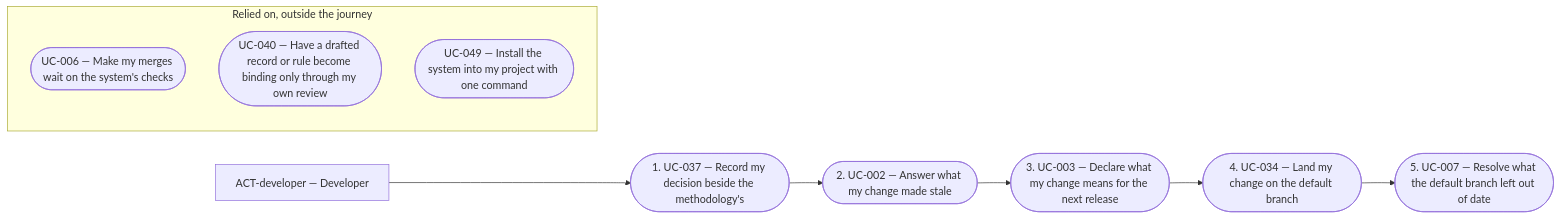
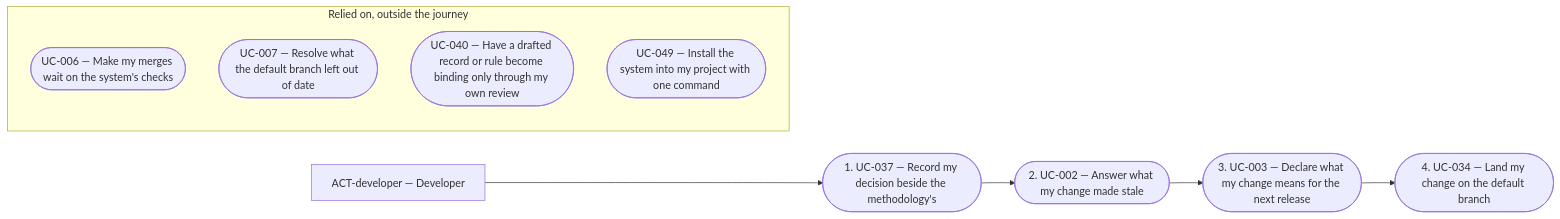
The third of 8 diagrams in tech-docs/analysis/core/overview/README.md (aleskalfas/project-kit), drawn with Mermaid before and after one commit. The commit also changed other lines of this file and 1 other file, not shown here.

Commit message:
docs: JRN-003 relies on resolving debt rather than taking it as a step
UC-007 moves from JRN-003's steps to its `relies-on`. Step 2 counts a
deferral as an answer, so the path reaches its goal at the landing, and
debt stands for any number of later runs (software-analysis DEC-007
point 4). Step 4's seam that handed debt to step 5 now names the
default branch, a seam on UC-007 outside the journey takes over the
old step 5's, variant 4b ends the path, and variant 5a goes. Readings 6
on #1727, of 2 November.

Refs #2486

````diff
--- a/tech-docs/analysis/core/overview/README.md
+++ b/tech-docs/analysis/core/overview/README.md
@@ -340,21 +340,20 @@
 ```mermaid
 flowchart LR
   accTitle: JRN-003 — Deliver a change
-  accDescr: The flow of JRN-003: ACT-developer takes 5 steps in order, UC-037, UC-002, UC-003, UC-034, UC-007. It relies on 3 use cases outside the journey, drawn apart with no arrow.
+  accDescr: The flow of JRN-003: ACT-developer takes 4 steps in order, UC-037, UC-002, UC-003, UC-034. It relies on 4 use cases outside the journey, drawn apart with no arrow.
   ACT_developer["ACT-developer — Developer"]
   step_1(["1. UC-037 — Record my decision beside the methodology's"])
   step_2(["2. UC-002 — Answer what my change made stale"])
   step_3(["3. UC-003 — Declare what my change means for the next release"])
   step_4(["4. UC-034 — Land my change on the default branch"])
-  step_5(["5. UC-007 — Resolve what the default branch left out of date"])
   subgraph relies_on["Relied on, outside the journey"]
     UC_006(["UC-006 — Make my merges wait on the system's checks"])
+    UC_007(["UC-007 — Resolve what the default branch left out of date"])
     UC_040(["UC-040 — Have a drafted record or rule become binding only through my own review"])
     UC_049(["UC-049 — Install the system into my project with one command"])
   end
   ACT_developer --> step_1
   step_1 --> step_2
   step_2 --> step_3
   step_3 --> step_4
-  step_4 --> step_5
 ```
````
